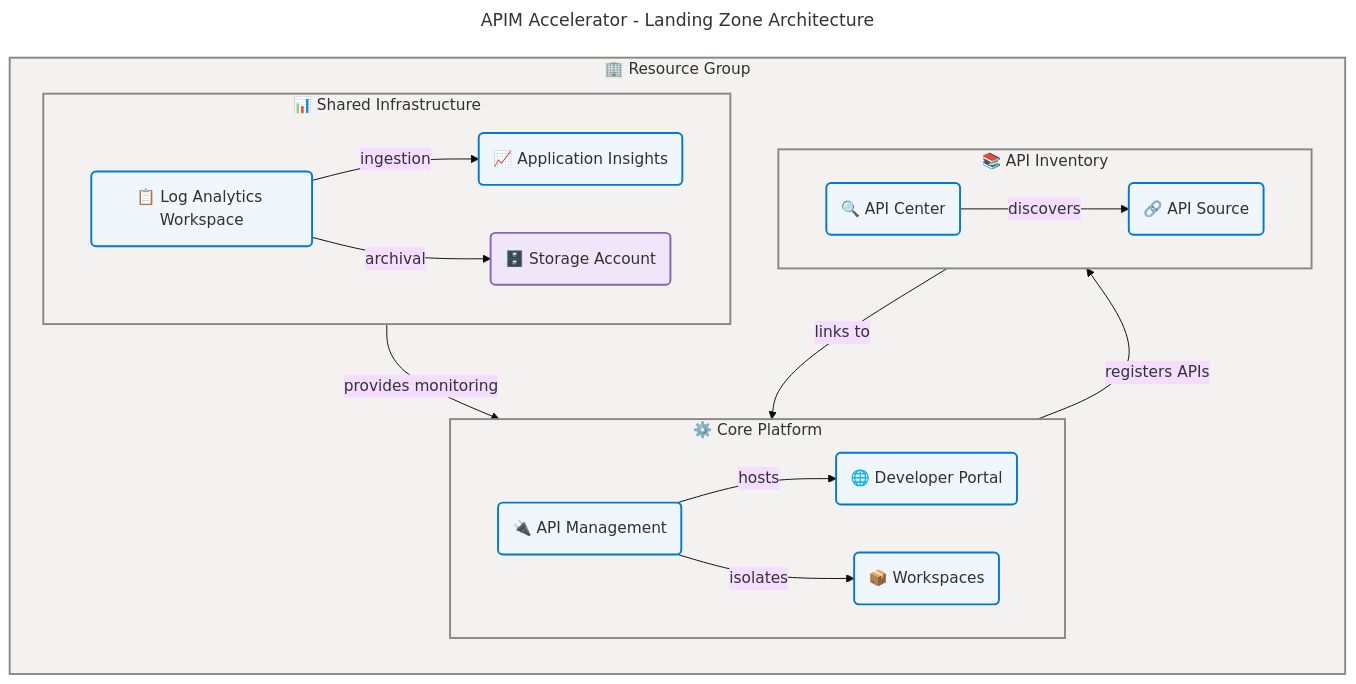
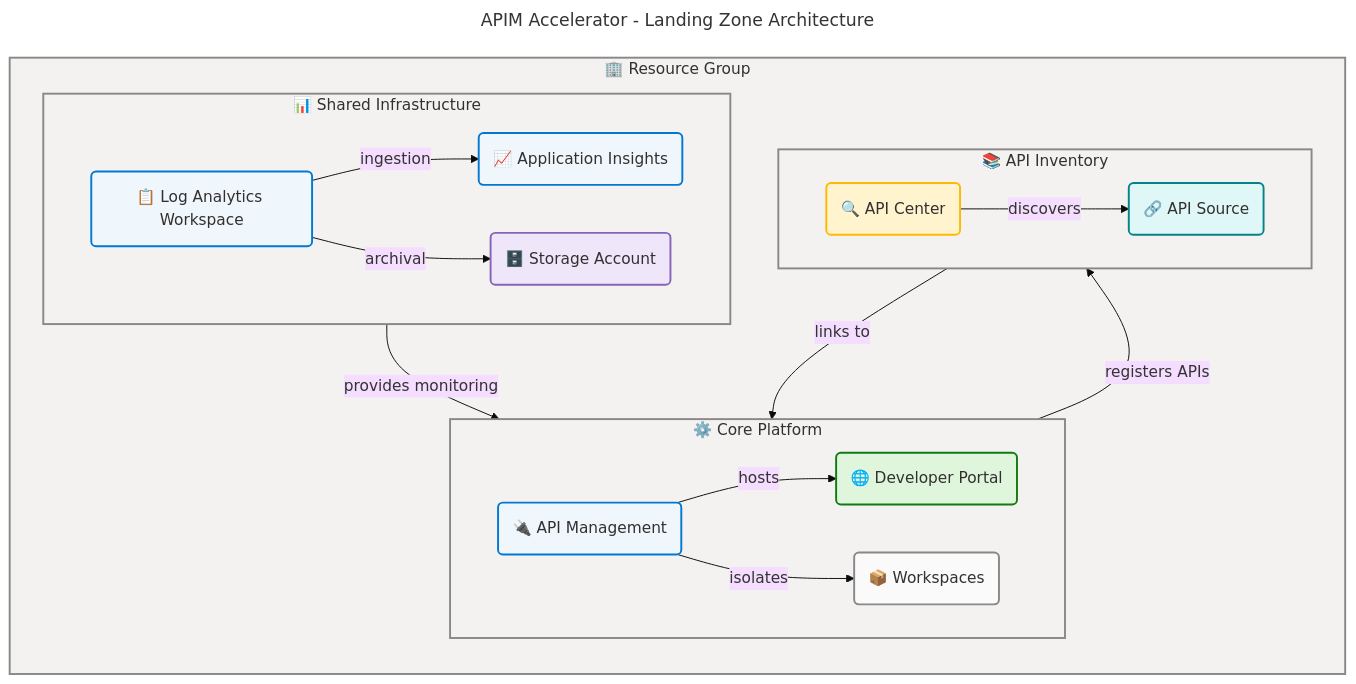
The diagram in README.md (Evilazaro/APIM-Accelerator), drawn with Mermaid before and after one commit. The commit also changed 2 other files, not shown here.

Commit message:
Refactor code structure for improved readability and maintainability

````diff
--- a/README.md
+++ b/README.md
@@ -38,70 +38,74 @@
 ```mermaid
 ---
 title: "APIM Accelerator - Landing Zone Architecture"
 config:
   theme: base
   look: classic
   layout: dagre
   themeVariables:
     fontSize: '16px'
   flowchart:
     htmlLabels: true
 ---
 flowchart TB
     accTitle: APIM Accelerator Landing Zone Architecture
     accDescr: Shows the three-layer deployment architecture with shared monitoring, core APIM platform, and API inventory management components and their relationships
 
     %% ═══════════════════════════════════════════════════════════════════════════
     %% AZURE / FLUENT ARCHITECTURE PATTERN v1.1
     %% (Semantic + Structural + Font + Accessibility Governance)
     %% ═══════════════════════════════════════════════════════════════════════════
     %% PHASE 1 - FLUENT UI: All styling uses approved Fluent UI palette only
     %% PHASE 2 - GROUPS: Every subgraph has semantic color via style directive
     %% PHASE 3 - COMPONENTS: Every node has semantic classDef + icon prefix
     %% PHASE 4 - ACCESSIBILITY: accTitle/accDescr present, WCAG AA contrast
     %% PHASE 5 - STANDARD: Governance block present, classDefs centralized
     %% ═══════════════════════════════════════════════════════════════════════════
 
     subgraph rg["🏢 Resource Group"]
         direction TB
 
         subgraph shared["📊 Shared Infrastructure"]
             direction LR
             law("📋 Log Analytics Workspace"):::core
             ai("📈 Application Insights"):::core
             sa("🗄️ Storage Account"):::data
             law -->|"ingestion"| ai
             law -->|"archival"| sa
         end
 
         subgraph corePlatform["⚙️ Core Platform"]
             direction LR
             apim("🔌 API Management"):::core
-            dp("🌐 Developer Portal"):::core
-            ws("📦 Workspaces"):::core
+            dp("🌐 Developer Portal"):::success
+            ws("📦 Workspaces"):::neutral
             apim -->|"hosts"| dp
             apim -->|"isolates"| ws
         end
 
         subgraph inv["📚 API Inventory"]
             direction LR
-            ac("🔍 API Center"):::core
-            apisrc("🔗 API Source"):::core
+            ac("🔍 API Center"):::warning
+            apisrc("🔗 API Source"):::external
             ac -->|"discovers"| apisrc
         end
     end
 
     shared -->|"provides monitoring"| corePlatform
     corePlatform -->|"registers APIs"| inv
     apisrc -->|"links to"| apim
 
     %% Centralized classDefs (approved AZURE/FLUENT v1.1 palette)
+    classDef neutral fill:#FAFAFA,stroke:#8A8886,stroke-width:2px,color:#323130
     classDef core fill:#EFF6FC,stroke:#0078D4,stroke-width:2px,color:#323130
+    classDef success fill:#DFF6DD,stroke:#107C10,stroke-width:2px,color:#323130
+    classDef warning fill:#FFF4CE,stroke:#FFB900,stroke-width:2px,color:#323130
     classDef data fill:#F0E6FA,stroke:#8764B8,stroke-width:2px,color:#323130
+    classDef external fill:#E0F7F7,stroke:#038387,stroke-width:2px,color:#323130
 
     %% Subgraph styling (4 subgraphs = 4 style directives, all neutral surface)
     style rg fill:#F3F2F1,stroke:#8A8886,stroke-width:2px,color:#323130
     style shared fill:#F3F2F1,stroke:#8A8886,stroke-width:2px,color:#323130
     style corePlatform fill:#F3F2F1,stroke:#8A8886,stroke-width:2px,color:#323130
     style inv fill:#F3F2F1,stroke:#8A8886,stroke-width:2px,color:#323130
 ```
````
